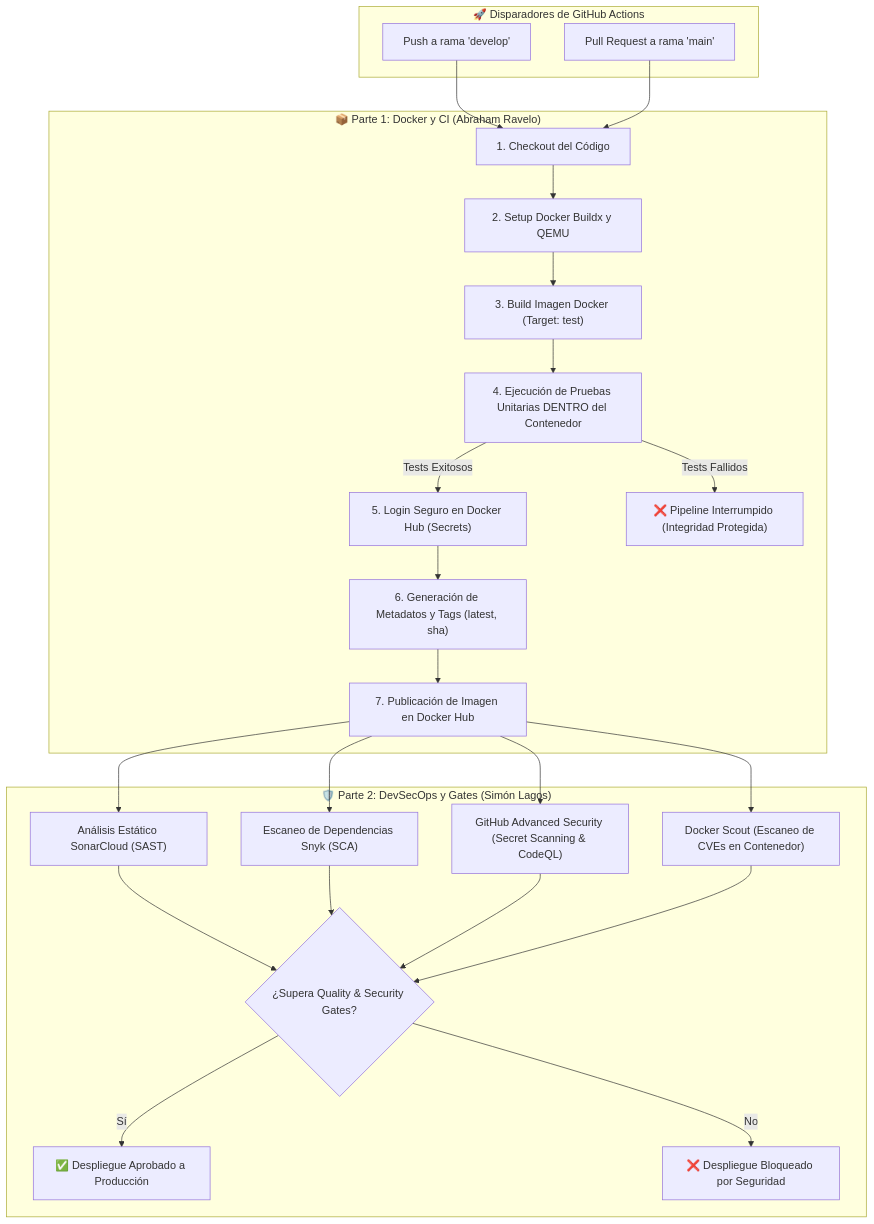
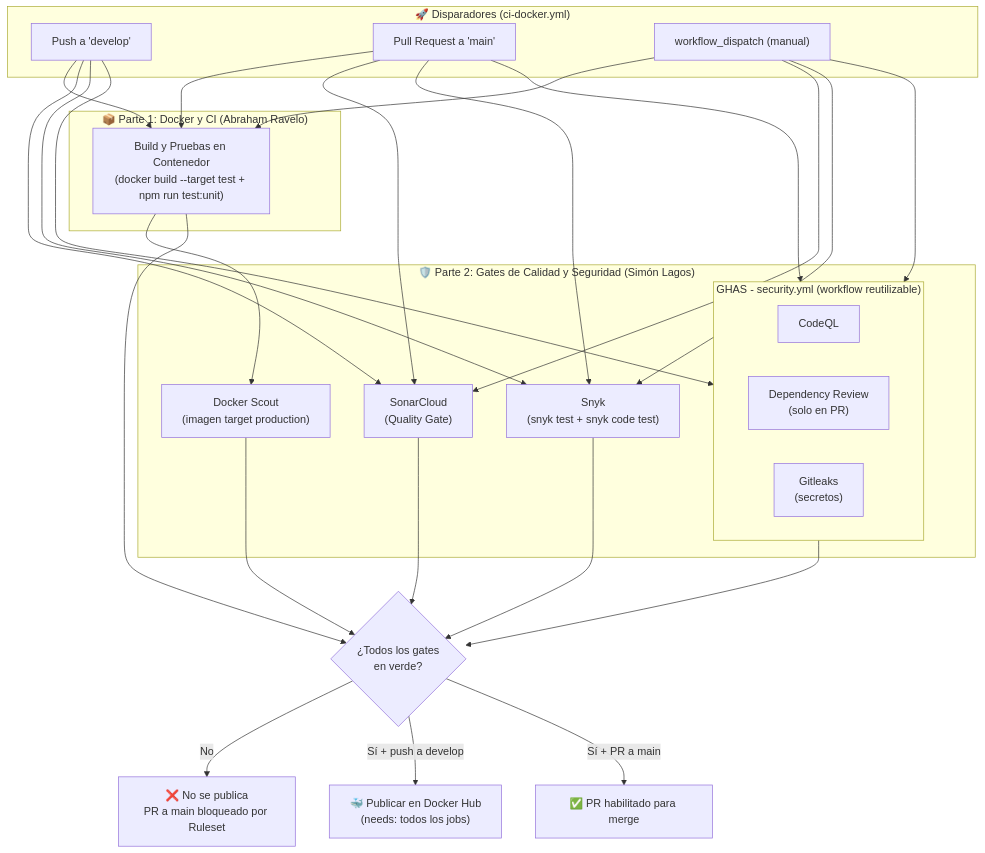
The diagram in README.md (grupo-4duoc/AUY1102-Pipelineparcial3), drawn with Mermaid before and after one commit. The commit also changed other lines of this file and 9 other files, not shown here.

````diff
--- a/README.md
+++ b/README.md
@@ -24,30 +26,34 @@
 ```mermaid
 flowchart TD
-    subgraph Triggers ["🚀 Disparadores de GitHub Actions"]
-        T1["Push a rama 'develop'"]
-        T2["Pull Request a rama 'main'"]
+    subgraph Triggers ["🚀 Disparadores (ci-docker.yml)"]
+        T1["Push a 'develop'"]
+        T2["Pull Request a 'main'"]
+        T3["workflow_dispatch (manual)"]
     end
 
-    subgraph CI_Abraham ["📦 Parte 1: Docker y CI (Abraham Ravelo)"]
-        S1["1. Checkout del Código"] --> S2["2. Setup Docker Buildx y QEMU"]
-        S2 --> S3["3. Build Imagen Docker (Target: test)"]
-        S3 --> S4["4. Ejecución de Pruebas Unitarias DENTRO del Contenedor"]
-        S4 -->|Tests Exitosos| S5["5. Login Seguro en Docker Hub (Secrets)"]
-        S4 -->|Tests Fallidos| ERR1["❌ Pipeline Interrumpido (Integridad Protegida)"]
-        S5 --> S6["6. Generación de Metadatos y Tags (latest, sha)"]
-        S6 --> S7["7. Publicación de Imagen en Docker Hub"]
+    subgraph Parte1 ["📦 Parte 1: Docker y CI (Abraham Ravelo)"]
+        BT["Build y Pruebas en Contenedor<br/>(docker build --target test + npm run test:unit)"]
     end
 
-    subgraph Security_Simon ["🛡️ Parte 2: DevSecOps y Gates (Simón Lagos)"]
-        S7 --> SEC1["Análisis Estático SonarCloud (SAST)"]
-        S7 --> SEC2["Escaneo de Dependencias Snyk (SCA)"]
-        S7 --> SEC3["GitHub Advanced Security (Secret Scanning & CodeQL)"]
-        S7 --> SEC4["Docker Scout (Escaneo de CVEs en Contenedor)"]
-        SEC1 & SEC2 & SEC3 & SEC4 --> QG{"¿Supera Quality & Security Gates?"}
-        QG -->|Sí| DEPLOY["✅ Despliegue Aprobado a Producción"]
-        QG -->|No| ERR2["❌ Despliegue Bloqueado por Seguridad"]
+    subgraph Parte2 ["🛡️ Parte 2: Gates de Calidad y Seguridad (Simón Lagos)"]
+        SONAR["SonarCloud<br/>(Quality Gate)"]
+        SNYK["Snyk<br/>(snyk test + snyk code test)"]
+        subgraph GHAS ["GHAS - security.yml (workflow reutilizable)"]
+            CODEQL["CodeQL"]
+            DR["Dependency Review<br/>(solo en PR)"]
+            GL["Gitleaks<br/>(secretos)"]
+        end
+        SCOUT["Docker Scout<br/>(imagen target production)"]
     end
 
-    T1 --> S1
-    T2 --> S1
+    T1 & T2 & T3 --> BT
+    T1 & T2 & T3 --> SONAR
+    T1 & T2 & T3 --> SNYK
+    T1 & T2 & T3 --> GHAS
+    BT --> SCOUT
+
+    BT & SONAR & SNYK & GHAS & SCOUT --> QG{"¿Todos los gates<br/>en verde?"}
+    QG -->|"No"| BLOCK["❌ No se publica<br/>PR a main bloqueado por Ruleset"]
+    QG -->|"Sí + push a develop"| PUB["🐳 Publicar en Docker Hub<br/>(needs: todos los jobs)"]
+    QG -->|"Sí + PR a main"| MERGE["✅ PR habilitado para merge"]
 ```
````
